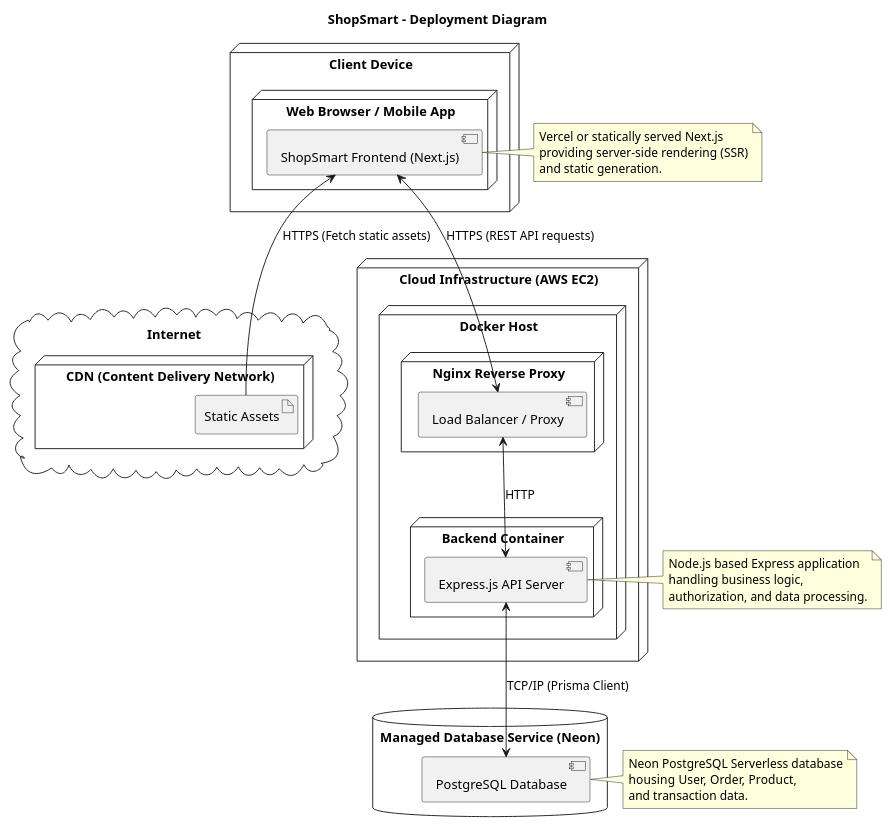
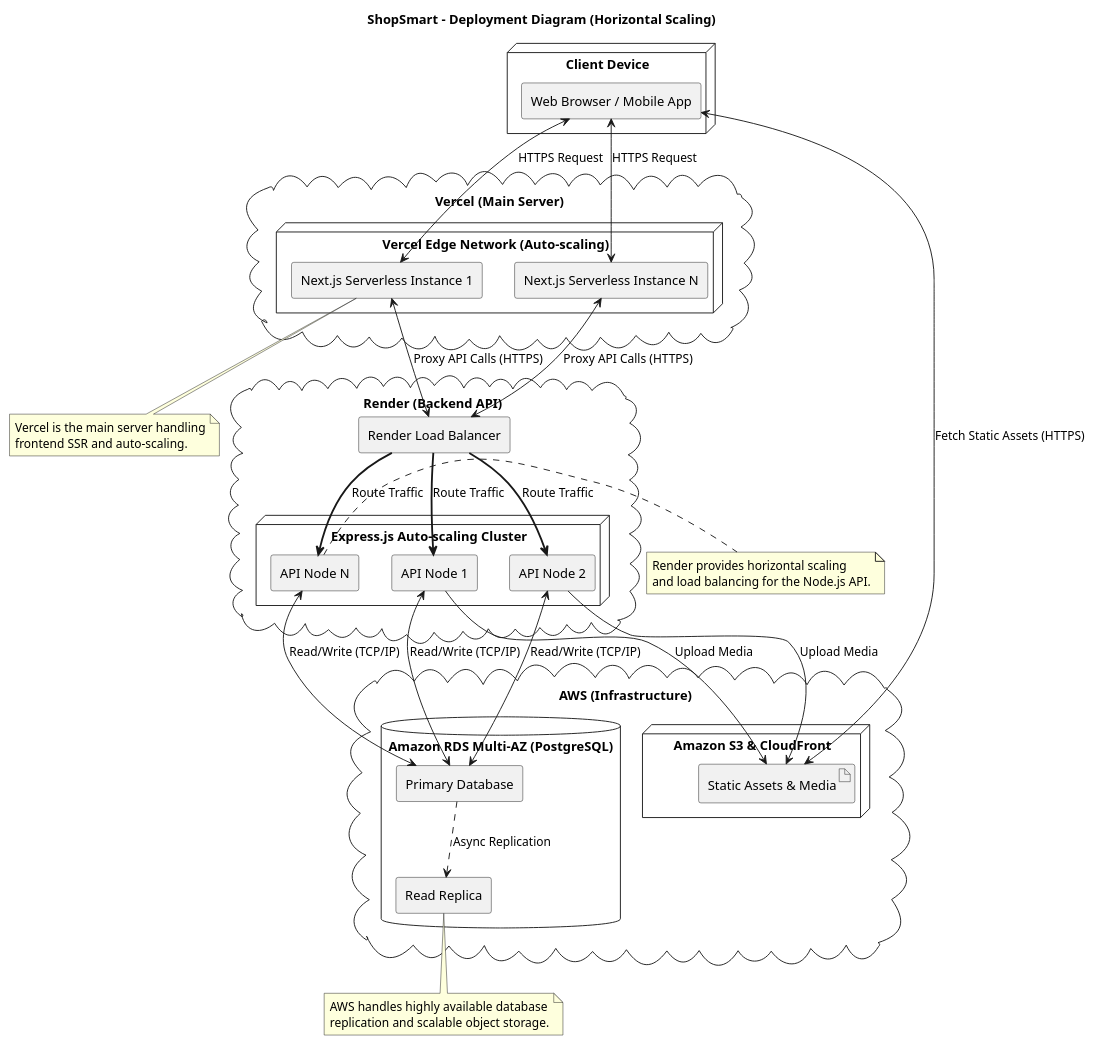
One commit to Taj-2005/shop_smart changed the diagram in docs/uml/puml/deployment.puml. Above: the diagram before and after it, drawn with PlantUML. The commit also changed 1 other file, not shown here.

Commit message:
updated the deployment

```diff
--- a/docs/uml/puml/deployment.puml
+++ b/docs/uml/puml/deployment.puml
@@ -1,56 +1,73 @@
 @startuml
-title ShopSmart - Deployment Diagram
+title ShopSmart - Deployment Diagram (Horizontal Scaling)
+
+skinparam componentStyle rectangle
 
 node "Client Device" {
-    node "Web Browser / Mobile App" {
-        component "ShopSmart Frontend (Next.js)" as ClientApp
+    component "Web Browser / Mobile App" as Client
+}
+
+cloud "Vercel (Main Server)" {
+    node "Vercel Edge Network (Auto-scaling)" {
+        component "Next.js Serverless Instance 1" as Vercel1
+        component "Next.js Serverless Instance N" as VercelN
     }
 }
 
-cloud "Internet" {
-    node "CDN (Content Delivery Network)" {
-        artifact "Static Assets" as StaticAssets
+cloud "Render (Backend API)" {
+    component "Render Load Balancer" as RenderLB
+    
+    node "Express.js Auto-scaling Cluster" {
+        component "API Node 1" as API1
+        component "API Node 2" as API2
+        component "API Node N" as APIN
     }
 }
 
-node "Cloud Infrastructure (AWS EC2)" {
-    node "Docker Host" {
-        node "Nginx Reverse Proxy" {
-            component "Load Balancer / Proxy" as Nginx
-        }
-
-        node "Backend Container" {
-            component "Express.js API Server" as APIServer
-        }
+cloud "AWS (Infrastructure)" {
+    node "Amazon S3 & CloudFront" {
+        artifact "Static Assets & Media" as CDN
+    }
+    
+    database "Amazon RDS Multi-AZ (PostgreSQL)" {
+        component "Primary Database" as DB_Primary
+        component "Read Replica" as DB_Replica
     }
 }
 
-database "Managed Database Service (Neon)" {
-    component "PostgreSQL Database" as Database
-}
+Client <--> CDN : Fetch Static Assets (HTTPS)
+Client <--> Vercel1 : HTTPS Request
+Client <--> VercelN : HTTPS Request
 
-ClientApp <--> Nginx : HTTPS (REST API requests)
-ClientApp <-- StaticAssets : HTTPS (Fetch static assets)
-Nginx <--> APIServer : HTTP
-APIServer <--> Database : TCP/IP (Prisma Client)
+Vercel1 <--> RenderLB : Proxy API Calls (HTTPS)
+VercelN <--> RenderLB : Proxy API Calls (HTTPS)
 
-' Deployment Details
-note right of ClientApp
-  Vercel or statically served Next.js
-  providing server-side rendering (SSR)
-  and static generation.
+RenderLB ==> API1 : Route Traffic
+RenderLB ==> API2 : Route Traffic
+RenderLB ==> APIN : Route Traffic
+
+API1 <--> DB_Primary : Read/Write (TCP/IP)
+API2 <--> DB_Primary : Read/Write (TCP/IP)
+APIN <--> DB_Primary : Read/Write (TCP/IP)
+
+API1 --> CDN : Upload Media
+API2 --> CDN : Upload Media
+
+DB_Primary ..> DB_Replica : Async Replication
+
+note Bottom of Vercel1
+  Vercel is the main server handling
+  frontend SSR and auto-scaling.
 end note
 
-note right of APIServer
-  Node.js based Express application
-  handling business logic,
-  authorization, and data processing.
+note Right of APIN
+  Render provides horizontal scaling
+  and load balancing for the Node.js API.
 end note
 
-note right of Database
-  Neon PostgreSQL Serverless database
-  housing User, Order, Product,
-  and transaction data.
+note Bottom of DB_Replica
+  AWS handles highly available database
+  replication and scalable object storage.
 end note
 
 @enduml
```
